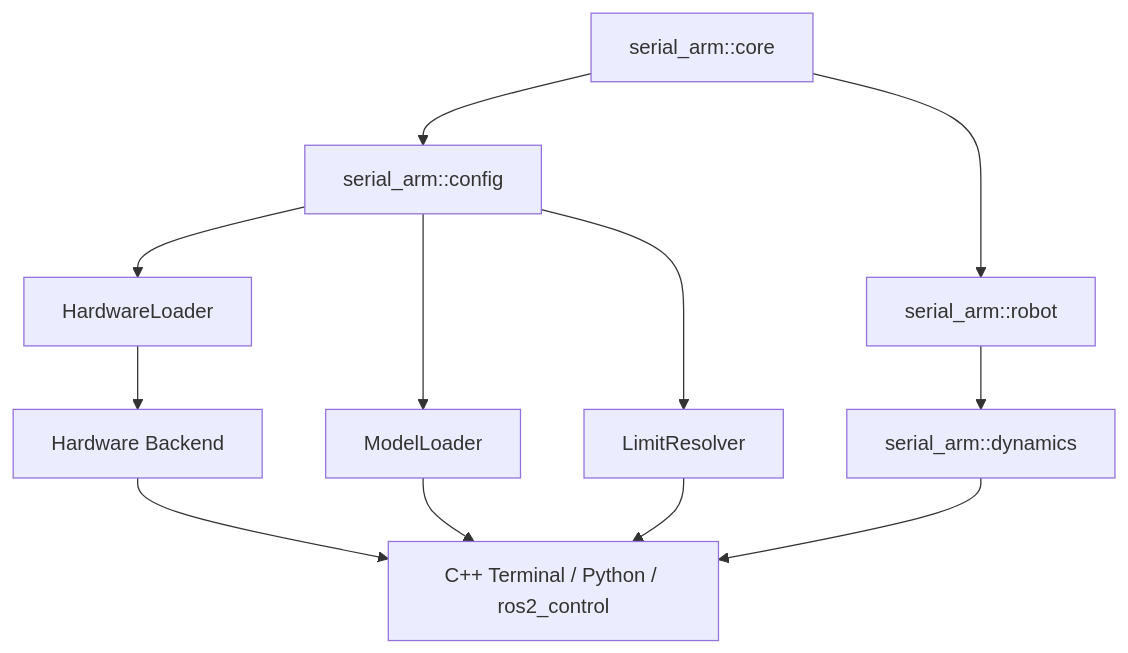
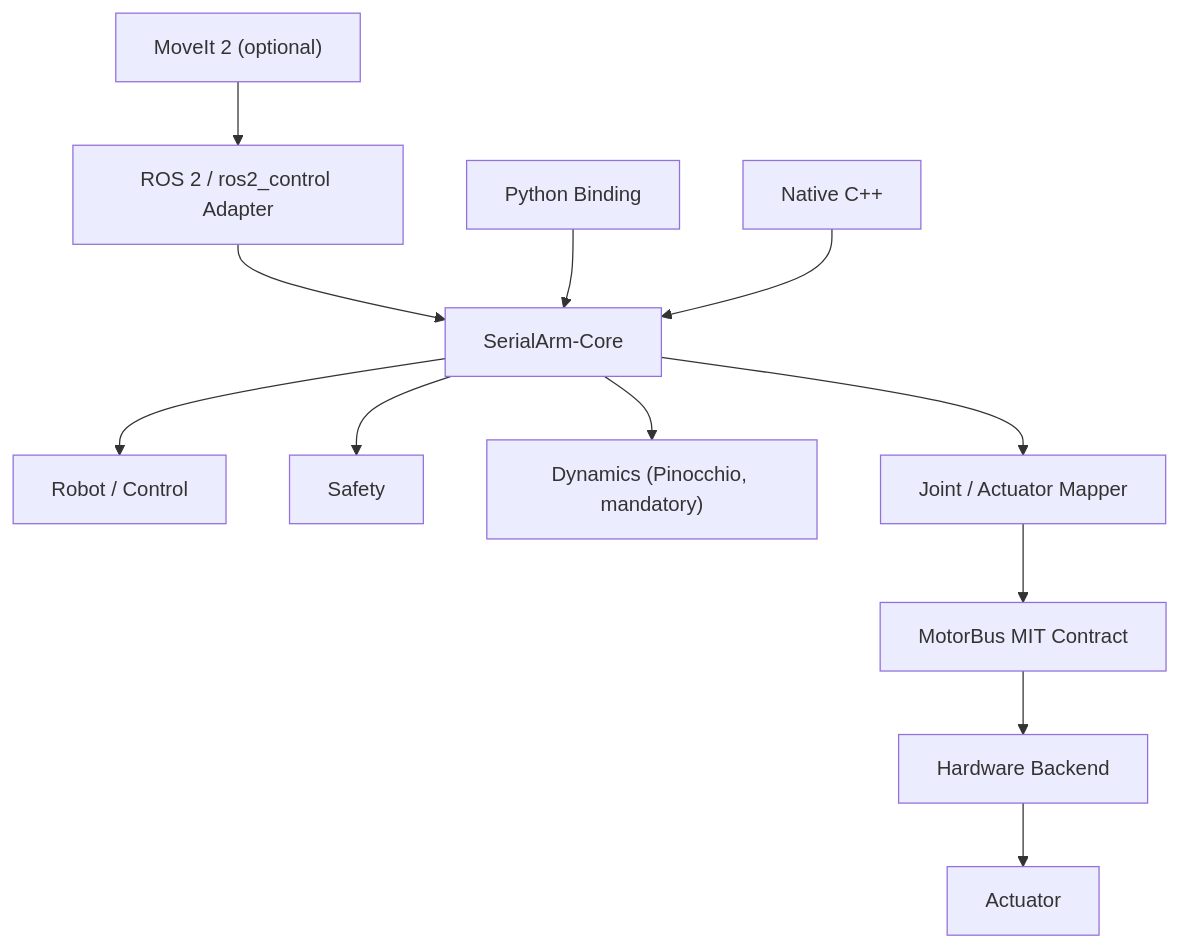
The diagram in README.md (Kaede-Rei/DM-Arm-Hardware-Interface), drawn with Mermaid before and after one commit. The commit also changed other lines of this file and 24 other files, not shown here.

Commit message:
docs: 整理三个文档 feat(terminal): 终端工具支持 robot-profile 参数 refactor(dynamics): 动力学为必须项 refactor(moveit): moveit 为可选项 test(core): 新增测试

````diff
--- a/README.md
+++ b/README.md
@@ -317,30 +34,14 @@
 ```mermaid
 flowchart TB
-    CORE["serial_arm::core"]
-
-    CONFIG["serial_arm::config"]
-    ROBOT["serial_arm::robot"]
-    LOADER["HardwareLoader"]
-    BACKEND["Hardware Backend"]
-    DYNAMICS["serial_arm::dynamics"]
-
-    MODEL["ModelLoader"]
-    LIMIT["LimitResolver"]
-
-    APP["C++ Terminal / Python / ros2_control"]
-
-    CORE --> CONFIG
-    CORE --> ROBOT
-    CONFIG --> LOADER
-
-    CONFIG --> MODEL
-    CONFIG --> LIMIT
-
-    ROBOT --> DYNAMICS
-
-    MODEL --> APP
-    LIMIT --> APP
-    DYNAMICS --> APP
-    LOADER --> BACKEND
-    BACKEND --> APP
+    MoveIt["MoveIt 2 (optional)"] --> ROS2["ROS 2 / ros2_control Adapter"]
+    ROS2 --> Core["SerialArm-Core"]
+    Python["Python Binding"] --> Core
+    Native["Native C++"] --> Core
+    Core --> Robot["Robot / Control"]
+    Core --> Safety["Safety"]
+    Core --> Dynamics["Dynamics (Pinocchio, mandatory)"]
+    Core --> Mapper["Joint / Actuator Mapper"]
+    Mapper --> MotorBus["MotorBus MIT Contract"]
+    MotorBus --> Backend["Hardware Backend"]
+    Backend --> Actuator["Actuator"]
 ```
````
